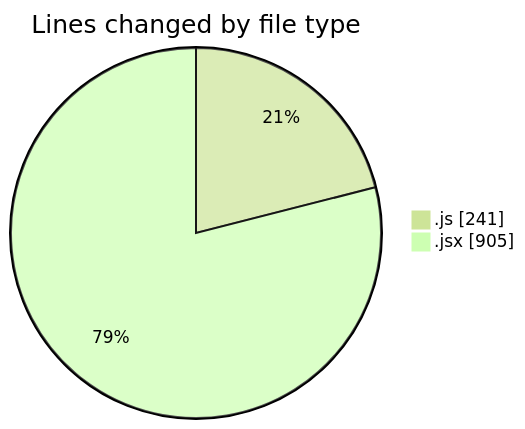
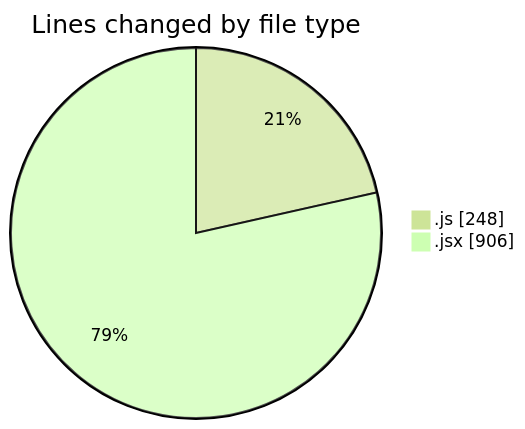
One commit to robertbonfada/code-tracking changed the first of 2 diagrams in 2025-01-13/termonied-web/README.md. Above: the diagram before and after it, drawn with Mermaid (forest theme). The commit also changed other lines of this file and 1 other file, not shown here.

````diff
--- a/2025-01-13/termonied-web/README.md
+++ b/2025-01-13/termonied-web/README.md
@@ -21,6 +21,6 @@
 ```mermaid
 pie showData
 title Lines changed by file type
-".js" : 241
-".jsx" : 905
+".js" : 248
+".jsx" : 906
 ```
````
